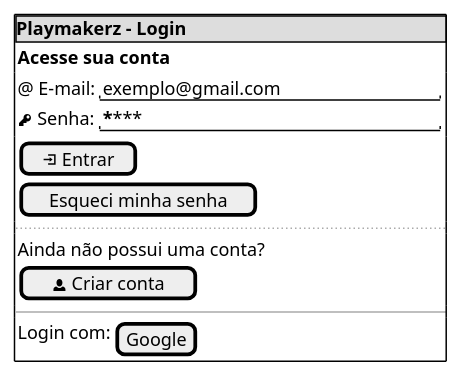
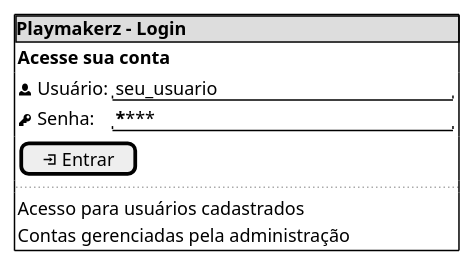
Before and after one commit to Projetos-de-Extensao/PECDII_26.2_8001_IV: the first of 3 diagrams in docs/Iniciacao/prototipo_baixa_fidelidade.md, drawn with PlantUML. The commit also changed other lines of this file, not shown here.

````diff
--- a/docs/Iniciacao/prototipo_baixa_fidelidade.md
+++ b/docs/Iniciacao/prototipo_baixa_fidelidade.md
@@ -7,36 +7,31 @@
 ```plantuml
+
 @startsalt
 
 {+
     {* <b>Playmakerz - Login}
 
     {
         <b>Acesse sua conta
     }
 
     {
-        @ E-mail: | "exemplo@gmail.com           "
+        <&person> Usuário: | "seu_usuario                 "
         <&key> Senha: | "********                    "
     }
 
     {
         [<&account-login> Entrar]
-        [Esqueci minha senha]
     }
 
     ..
 
     {
-        Ainda não possui uma conta?
-        [<&person> Criar conta]
-    }
-
-    --
-
-    {
-        Login com: | [Google]
+        Acesso para usuários cadastrados
+        Contas gerenciadas pela administração
     }
 }
 
 @endsalt
+
 ```
````
